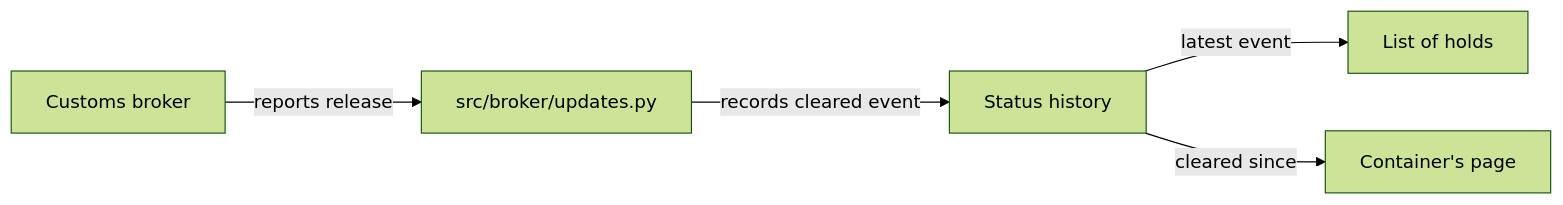
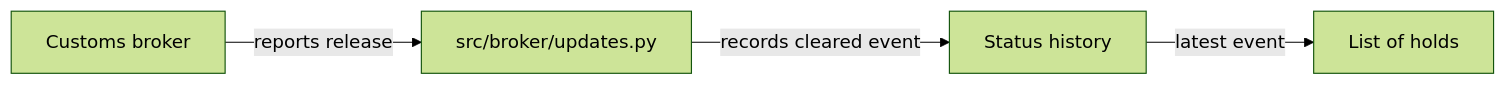
The second of 2 diagrams in docs/skills/plan.md (michaelmarconi/agentic-engineering), drawn with Mermaid (forest theme) before and after one commit. The commit also changed other lines of this file and 8 other files, not shown here.

First line of the commit message:
Corrections from code review of the plan diagram offer

````diff
--- a/docs/skills/plan.md
+++ b/docs/skills/plan.md
@@ -193,7 +193,6 @@
 ```mermaid
 flowchart LR
   Broker[Customs broker] -->|reports release| Updates[src/broker/updates.py]
   Updates -->|records cleared event| History[Status history]
   History -->|latest event| List[List of holds]
-  History -->|cleared since| Page[Container's page]
 ```
````
